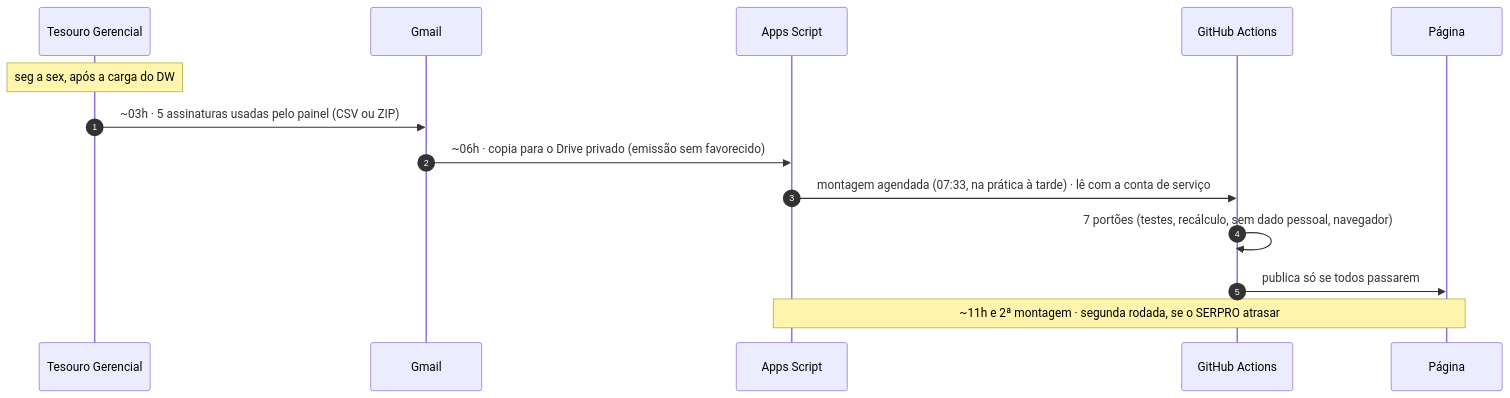
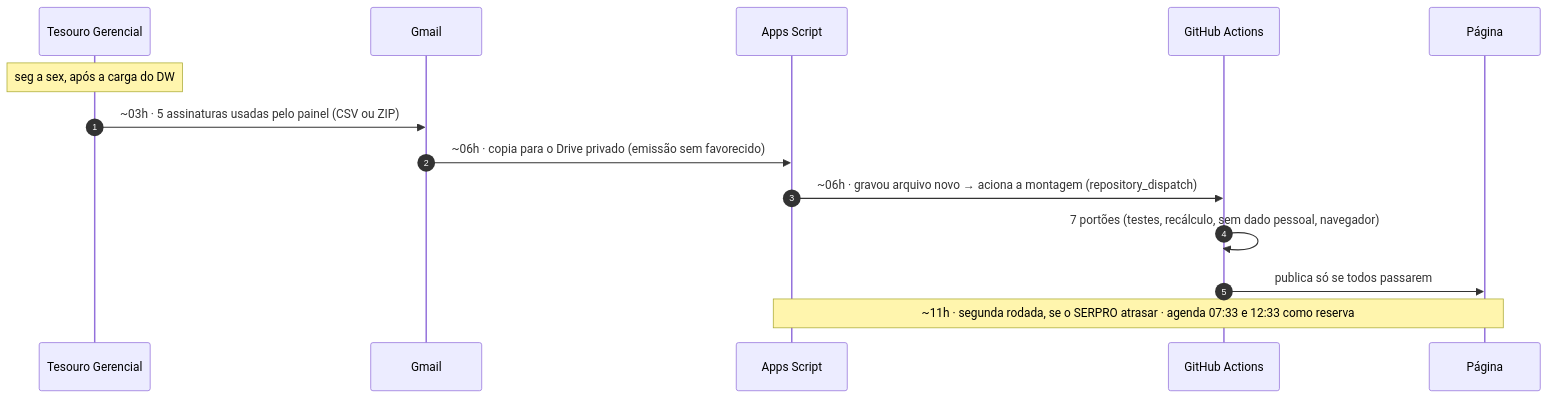
The third of 6 diagrams in README.md (marcelosaldanha-1978/painel-gof-baaplog), drawn with Mermaid before and after one commit. The commit also changed other lines of this file and 2 other files, not shown here.

Commit message:
docs: montagem acionada pela ponte por evento (~06h) e excecao a D14 (token de disparo no Apps Script, ate 04/01/2027)

````diff
--- a/README.md
+++ b/README.md
@@ -114,16 +114,16 @@
 ```mermaid
 sequenceDiagram
     autonumber
     participant TG as Tesouro Gerencial
     participant GM as Gmail
     participant AS as Apps Script
     participant GH as GitHub Actions
     participant PG as Página
     Note over TG: seg a sex, após a carga do DW
     TG->>GM: ~03h · 5 assinaturas usadas pelo painel (CSV ou ZIP)
     GM->>AS: ~06h · copia para o Drive privado (emissão sem favorecido)
-    AS->>GH: montagem agendada (07:33, na prática à tarde) · lê com a conta de serviço
+    AS->>GH: ~06h · gravou arquivo novo → aciona a montagem (repository_dispatch)
     GH->>GH: 7 portões (testes, recálculo, sem dado pessoal, navegador)
     GH->>PG: publica só se todos passarem
-    Note over AS,PG: ~11h e 2ª montagem · segunda rodada, se o SERPRO atrasar
+    Note over AS,PG: ~11h · segunda rodada, se o SERPRO atrasar · agenda 07:33 e 12:33 como reserva
 ```
````
